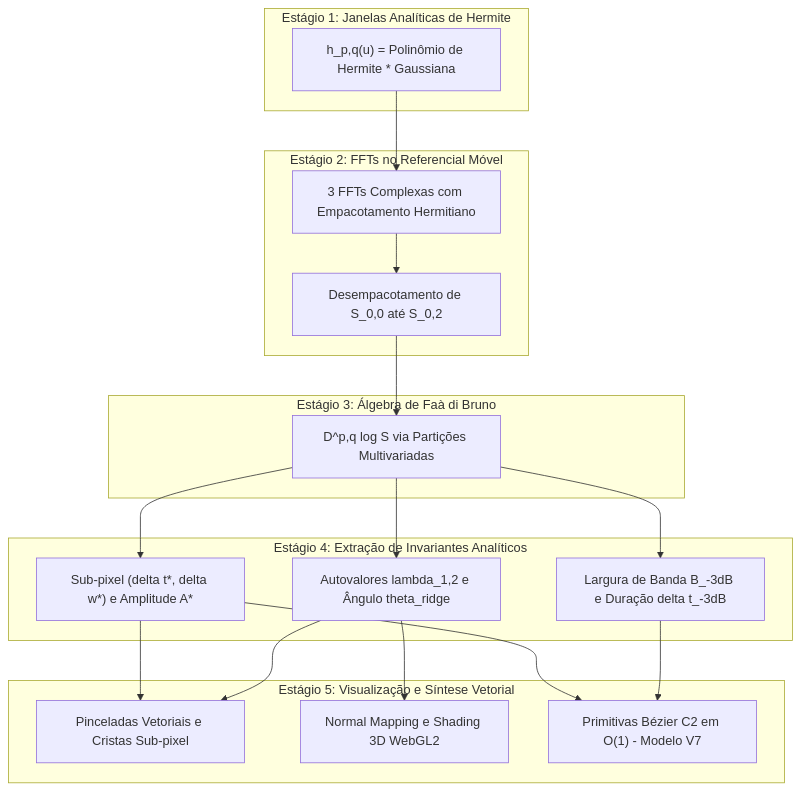
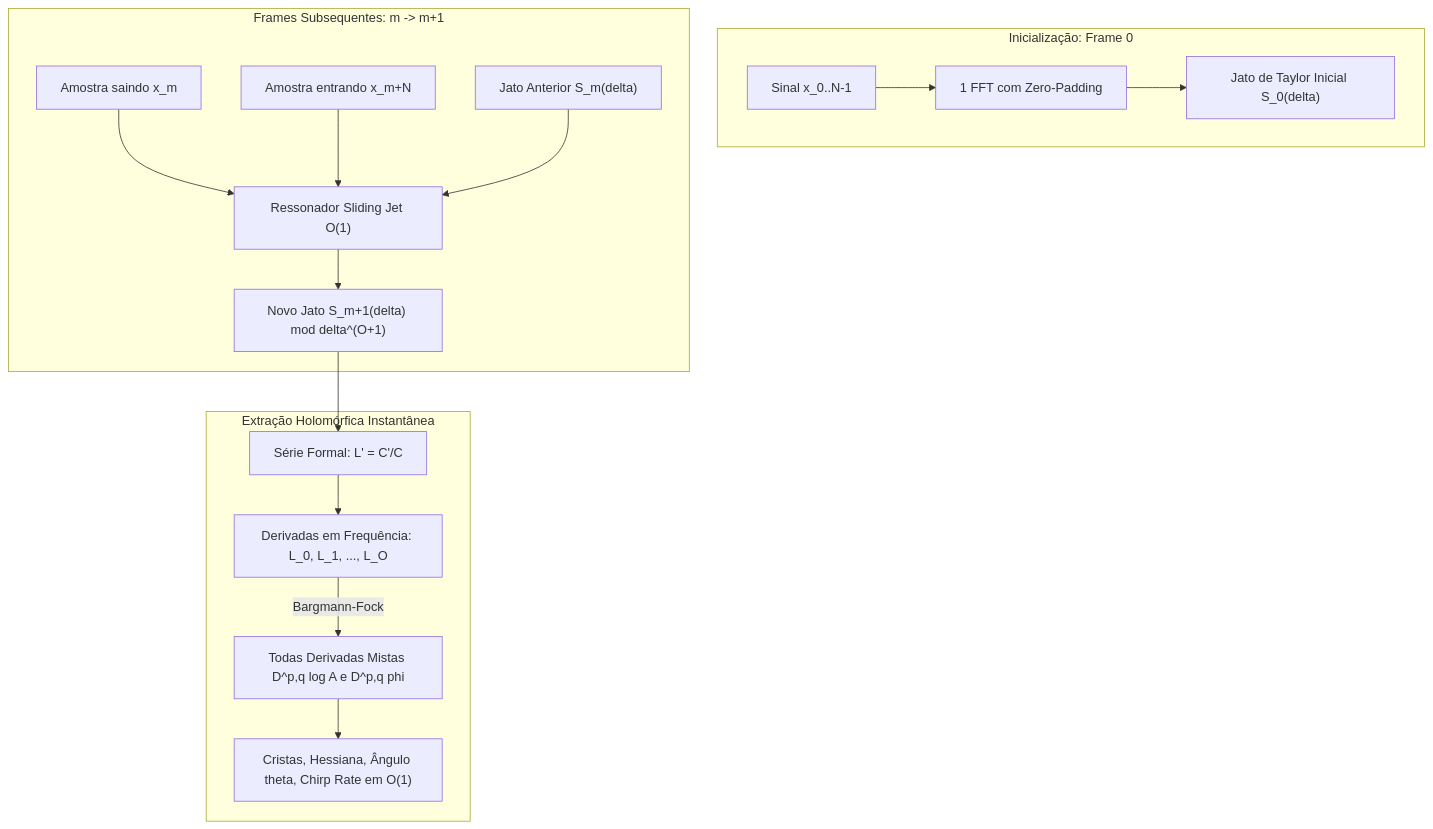
The fifth of 5 diagrams in documentation/planning/mixed-derivatives-reassignment-visualization.md (racoci/spectral), drawn with Mermaid before and after one commit. The commit also changed other lines of this file and 1 other file, not shown here.

First line of the commit message:
docs: formalize Sliding Jet DFT theory and Bargmann-Fock holomorphic reduction

````diff
--- a/documentation/planning/mixed-derivatives-reassignment-visualization.md
+++ b/documentation/planning/mixed-derivatives-reassignment-visualization.md
@@ -1031,23 +1025,20 @@
 ```mermaid
-flowchart TD
-    subgraph S1 [Estágio 1: Janelas Analíticas de Hermite]
-        W1["h_p,q(u) = Polinômio de Hermite * Gaussiana"]
+graph TD
+    subgraph Inicializacao [Inicialização: Frame 0]
+        X0[Sinal x_0..N-1] --> FFT0[1 FFT com Zero-Padding]
+        FFT0 --> J0["Jato de Taylor Inicial S_0(delta)"]
     end
-    subgraph S2 [Estágio 2: FFTs no Referencial Móvel]
-        W1 --> F1["3 FFTs Complexas com Empacotamento Hermitiano"]
-        F1 --> F2["Desempacotamento de S_0,0 até S_0,2"]
+
+    subgraph Recorrencia [Frames Subsequentes: m -> m+1]
+        X_OUT[Amostra saindo x_m] & X_IN[Amostra entrando x_m+N] --> RSDFT["Ressonador Sliding Jet O(1)"]
+        J_OLD["Jato Anterior S_m(delta)"] --> RSDFT
+        RSDFT --> J_NEW["Novo Jato S_m+1(delta) mod delta^(O+1)"]
     end
-    subgraph S3 [Estágio 3: Álgebra de Faà di Bruno]
-        F2 --> L1["D^p,q log S via Partições Multivariadas"]
-    end
-    subgraph S4 [Estágio 4: Extração de Invariantes Analíticos]
-        L1 --> INV1["Sub-pixel (delta t*, delta w*) e Amplitude A*"]
-        L1 --> INV2["Autovalores lambda_1,2 e Ângulo theta_ridge"]
-        L1 --> INV3["Largura de Banda B_-3dB e Duração delta t_-3dB"]
-    end
-    subgraph S5 [Estágio 5: Visualização e Síntese Vetorial]
-        INV1 & INV2 --> V1["Pinceladas Vetoriais e Cristas Sub-pixel"]
-        INV2 --> V2["Normal Mapping e Shading 3D WebGL2"]
-        INV1 & INV3 --> V3["Primitivas Bézier C2 em O(1) - Modelo V7"]
+
+    subgraph ExtracaoAnalitica [Extração Holomórfica Instantânea]
+        J_NEW --> LOG["Série Formal: L' = C'/C"]
+        LOG --> L_W["Derivadas em Frequência: L_0, L_1, ..., L_O"]
+        L_W -->|Bargmann-Fock| DERIVS["Todas Derivadas Mistas D^p,q log A e D^p,q phi"]
+        DERIVS --> OUT["Cristas, Hessiana, Ângulo theta, Chirp Rate em O(1)"]
     end
 ```
````
